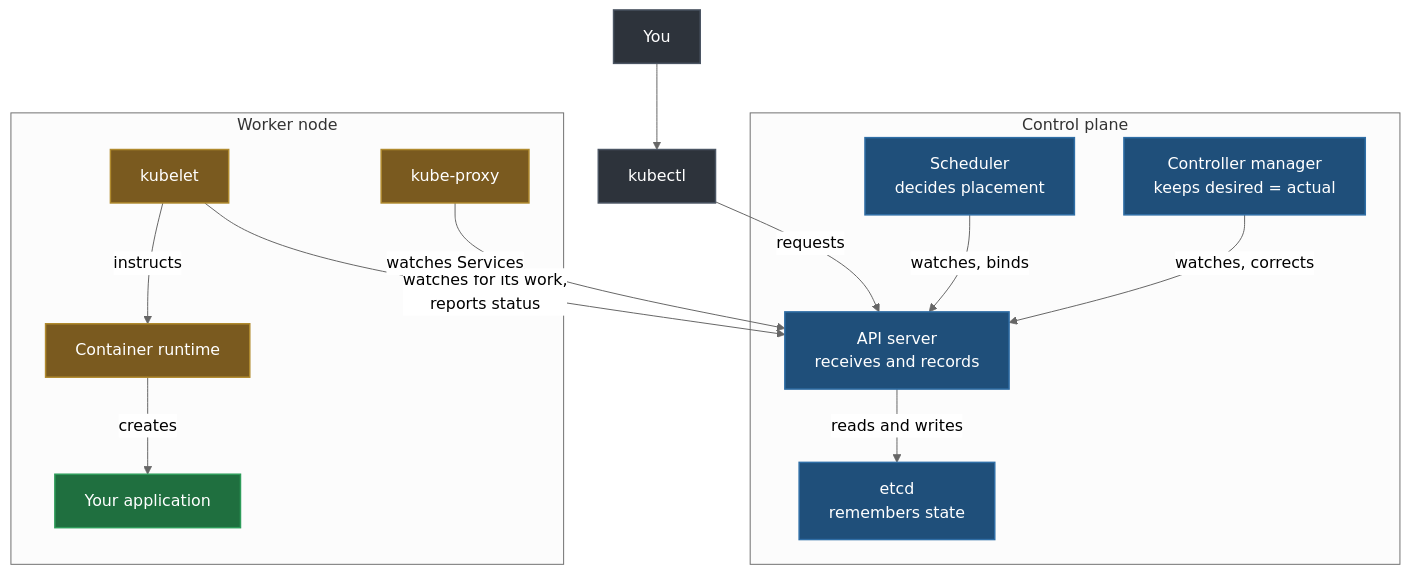
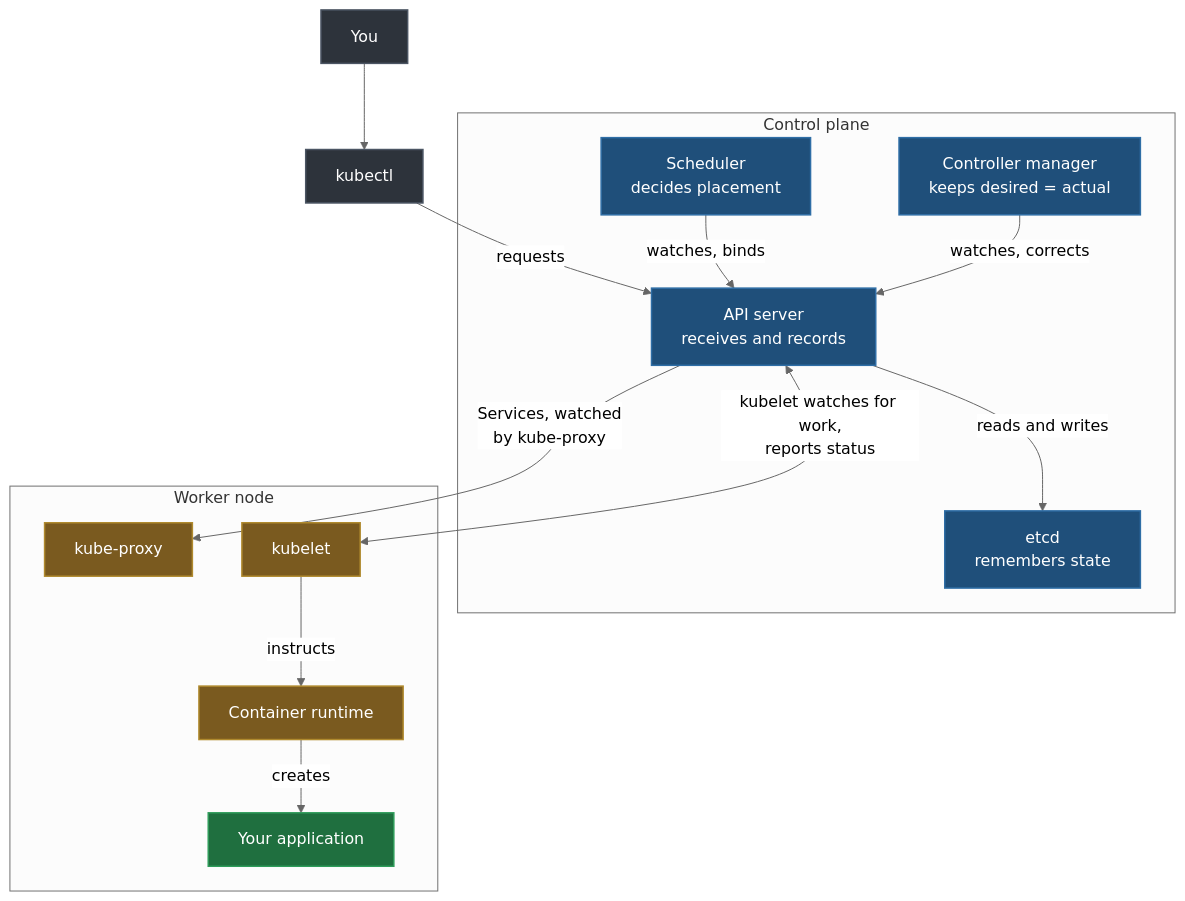
One commit to Dummy-Bug/Devops changed diagram 11 of 12 in 08-Kubernetes/02-The-Cluster-Architecture.md. Above: the diagram before and after it, drawn with Mermaid (neutral theme). The commit also changed other lines of this file and 13 other files, not shown here.

````diff
--- a/08-Kubernetes/02-The-Cluster-Architecture.md
+++ b/08-Kubernetes/02-The-Cluster-Architecture.md
@@ -211,29 +354,32 @@
 ```mermaid
 flowchart TD
     YOU["You"] --> KC["kubectl"]
     KC -->|"requests"| API["API server<br/>receives and records"]
-    API -->|"reads and writes"| ETCD["etcd<br/>remembers state"]
     SCH["Scheduler<br/>decides placement"] -->|"watches, binds"| API
     CM["Controller manager<br/>keeps desired = actual"] -->|"watches, corrects"| API
+    API -->|"reads and writes"| ETCD["etcd<br/>remembers state"]
     subgraph CPL["Control plane"]
+        SCH
+        CM
         API
         ETCD
-        SCH
-        CM
     end
+    API -->|"Services, watched<br/>by kube-proxy"| KP["kube-proxy"]
+    API <-->|"kubelet watches for work,<br/>reports status"| KL["kubelet"]
+    KL -->|"instructs"| RT["Container runtime"]
+    RT -->|"creates"| APP["Your application"]
     subgraph WK["Worker node"]
-        KL["kubelet"] -->|"instructs"| RT["Container runtime"]
-        RT -->|"creates"| APP["Your application"]
-        KP["kube-proxy"]
+        KL
+        KP
+        RT
+        APP
     end
-    KL -->|"watches for its work,<br/>reports status"| API
-    KP -->|"watches Services"| API
     classDef mech fill:#1f4f7a,stroke:#2f6ea6,stroke-width:1.5px,color:#fff
     classDef good fill:#1f6f3f,stroke:#2e9c5a,stroke-width:1.5px,color:#fff
     classDef actor fill:#2d333b,stroke:#4b5563,stroke-width:1.5px,color:#fff
     classDef step fill:#7a5a1f,stroke:#b08a2e,stroke-width:1.5px,color:#fff
     class YOU,KC actor
     class API,ETCD,SCH,CM mech
     class KL,RT,KP step
     class APP good
 ```
````
